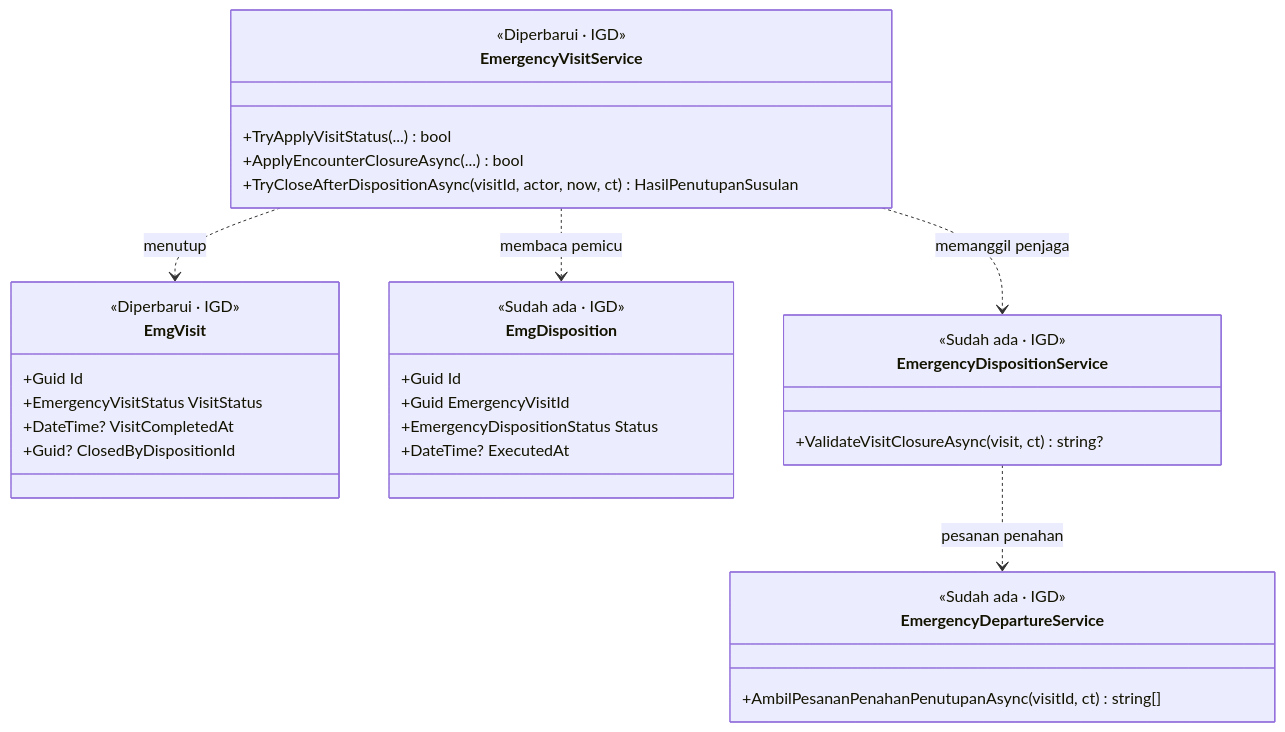
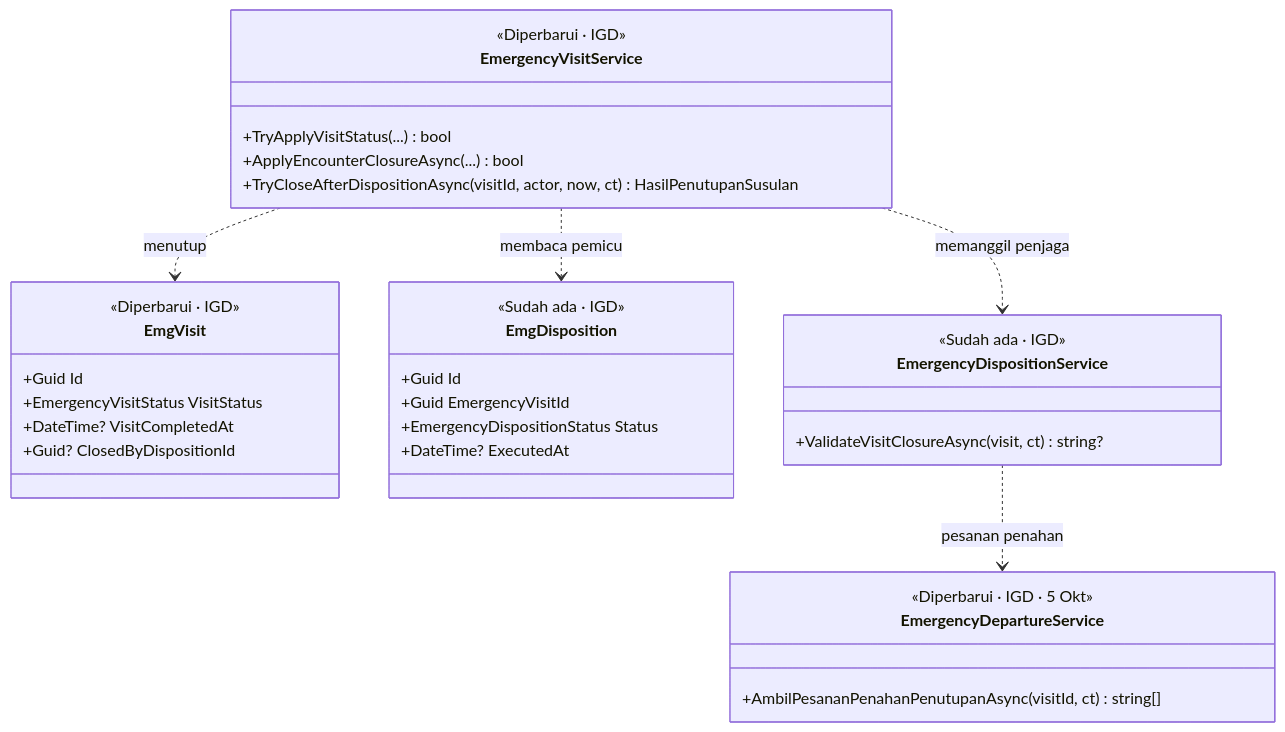
The eighth of 8 diagrams in docs/module-blueprints/igd/02-backend-architecture.md (DevBenari/NewQuilvianSystemBackend), drawn with Mermaid before and after one commit. The commit also changed other lines of this file and 20 other files, not shown here.

````diff
--- a/docs/module-blueprints/igd/02-backend-architecture.md
+++ b/docs/module-blueprints/igd/02-backend-architecture.md
@@ -1322,35 +1329,35 @@
 ```mermaid
 classDiagram
     class EmgVisit {
         <<Diperbarui · IGD>>
         +Guid Id
         +EmergencyVisitStatus VisitStatus
         +DateTime? VisitCompletedAt
         +Guid? ClosedByDispositionId
     }
     class EmgDisposition {
         <<Sudah ada · IGD>>
         +Guid Id
         +Guid EmergencyVisitId
         +EmergencyDispositionStatus Status
         +DateTime? ExecutedAt
     }
     class EmergencyVisitService {
         <<Diperbarui · IGD>>
         +TryApplyVisitStatus(...) bool
         +ApplyEncounterClosureAsync(...) bool
         +TryCloseAfterDispositionAsync(visitId, actor, now, ct) HasilPenutupanSusulan
     }
     class EmergencyDispositionService {
         <<Sudah ada · IGD>>
         +ValidateVisitClosureAsync(visit, ct) string?
     }
     class EmergencyDepartureService {
-        <<Sudah ada · IGD>>
+        <<Diperbarui · IGD · 5 Okt>>
         +AmbilPesananPenahanPenutupanAsync(visitId, ct) string[]
     }
     EmergencyVisitService ..> EmergencyDispositionService : memanggil penjaga
     EmergencyDispositionService ..> EmergencyDepartureService : pesanan penahan
     EmergencyVisitService ..> EmgVisit : menutup
     EmergencyVisitService ..> EmgDisposition : membaca pemicu
 ```
````
